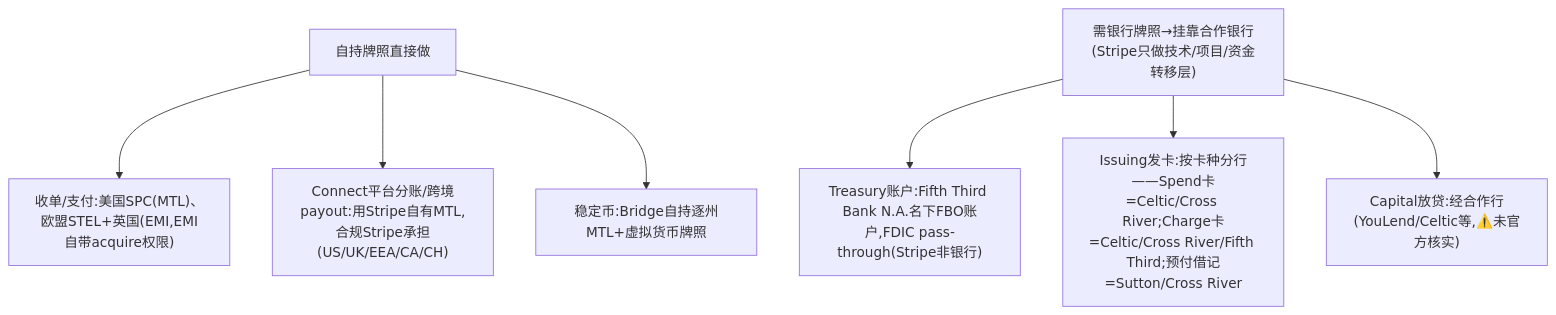
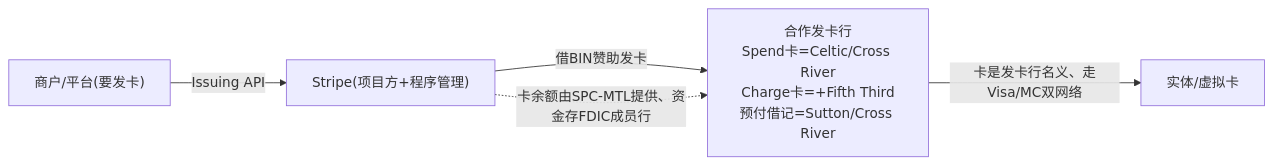
The fourth of 6 diagrams in payment/traditional-payment/02c-epayment-players/stripe.md (loong-ju/tech-research), drawn with Mermaid before and after one commit. The commit also changed other lines of this file and 2 other files, not shown here.

First line of the commit message:
新增《支付牌照术语速查》通用科普 + stripe§4.2怎么开展业务逐场景展开

````diff
--- a/payment/traditional-payment/02c-epayment-players/stripe.md
+++ b/payment/traditional-payment/02c-epayment-players/stripe.md
@@ -77,9 +103,7 @@
 ```mermaid
-flowchart TB
-    SELF["自持牌照直接做"] --> A1["收单/支付:美国SPC(MTL)、欧盟STEL+英国(EMI,EMI自带acquire权限)"]
-    SELF --> A2["Connect平台分账/跨境payout:用Stripe自有MTL,合规Stripe承担(US/UK/EEA/CA/CH)"]
-    SELF --> A3["稳定币:Bridge自持逐州MTL+虚拟货币牌照"]
-    BANK["需银行牌照→挂靠合作银行(Stripe只做技术/项目/资金转移层)"] --> B1["Treasury账户:Fifth Third Bank N.A.名下FBO账户,FDIC pass-through(Stripe非银行)"]
-    BANK --> B2["Issuing发卡:按卡种分行——Spend卡=Celtic/Cross River;Charge卡=Celtic/Cross River/Fifth Third;预付借记=Sutton/Cross River"]
-    BANK --> B3["Capital放贷:经合作行(YouLend/Celtic等,⚠️未官方核实)"]
+flowchart LR
+    CLIENT["商户/平台(要发卡)"] -->|Issuing API| STRIPE["Stripe(项目方+程序管理)"]
+    STRIPE -->|借BIN赞助发卡| BANK["合作发卡行<br/>Spend卡=Celtic/Cross River<br/>Charge卡=+Fifth Third<br/>预付借记=Sutton/Cross River"]
+    BANK -->|卡是发卡行名义、走Visa/MC双网络| CARD["实体/虚拟卡"]
+    STRIPE -.卡余额由SPC-MTL提供、资金存FDIC成员行.-> BANK
 ```
````
